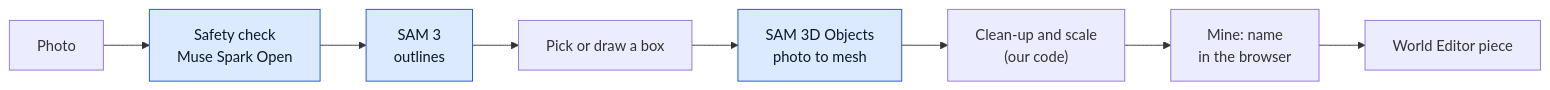
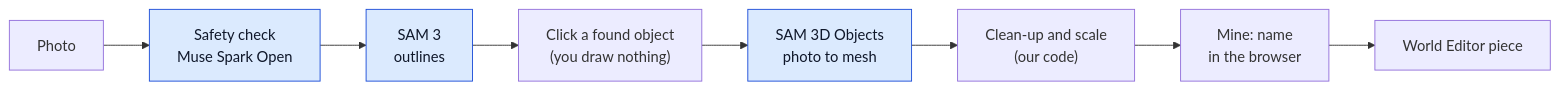
Before and after one commit to gitgithan/conquercourse: the seventh of 8 diagrams in README.md, drawn with Mermaid. The commit also changed 7 other files, not shown here.

First line of the commit message:
Community flow: the button says Segment Objects (it outlines the whole photo, there is no region); README and docs no longer say a player draws a box - Part of CC-133

````diff
--- a/README.md
+++ b/README.md
@@ -425,12 +425,12 @@
 ```mermaid
 flowchart LR
   A["Photo"] --> B["Safety check<br/>Muse Spark Open"]
   B --> C["SAM 3<br/>outlines"]
-  C --> D["Pick or draw a box"]
+  C --> D["Click a found object<br/>(you draw nothing)"]
   D --> E["SAM 3D Objects<br/>photo to mesh"]
   E --> F["Clean-up and scale<br/>(our code)"]
   F --> G["Mine: name<br/>in the browser"]
   G --> H["World Editor piece"]
   classDef meta fill:#dbeafe,stroke:#1d4ed8,color:#0f172a;
   class B,C,E meta;
 ```
````
